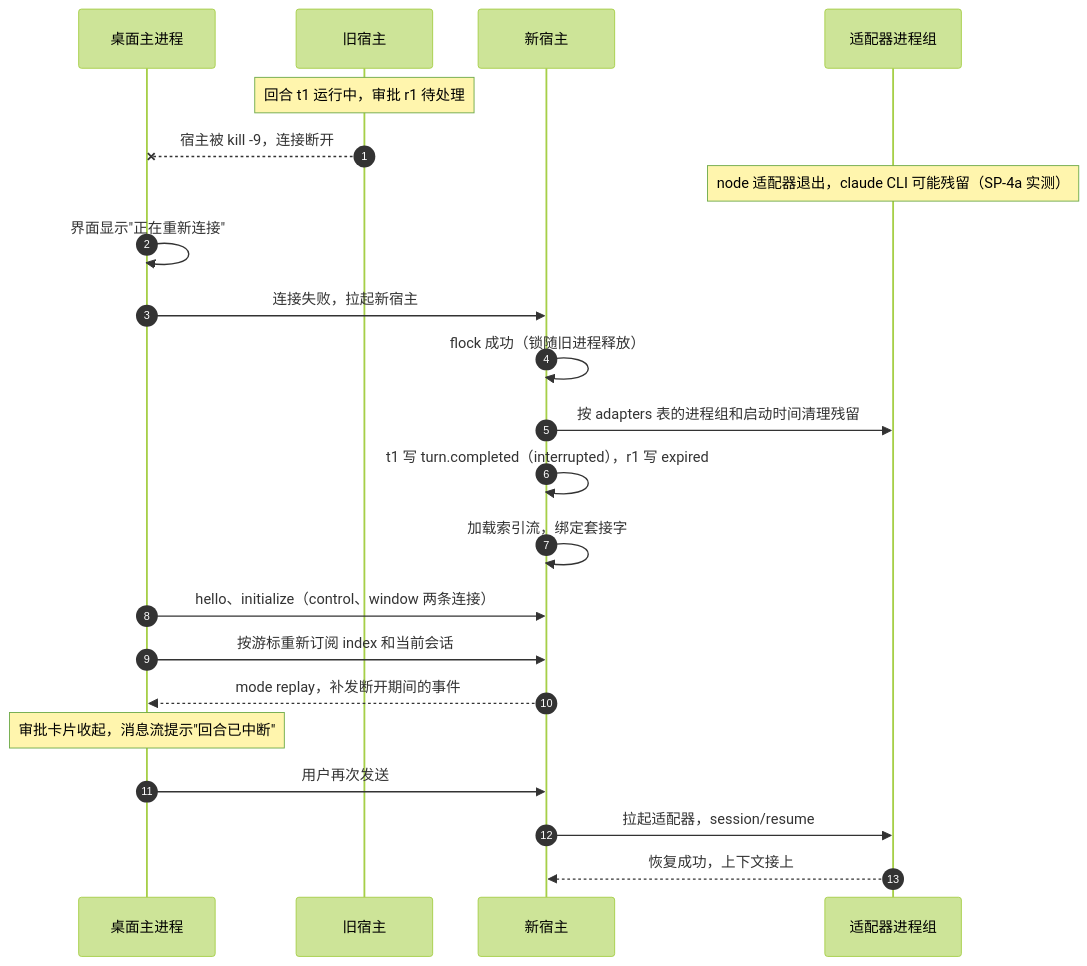
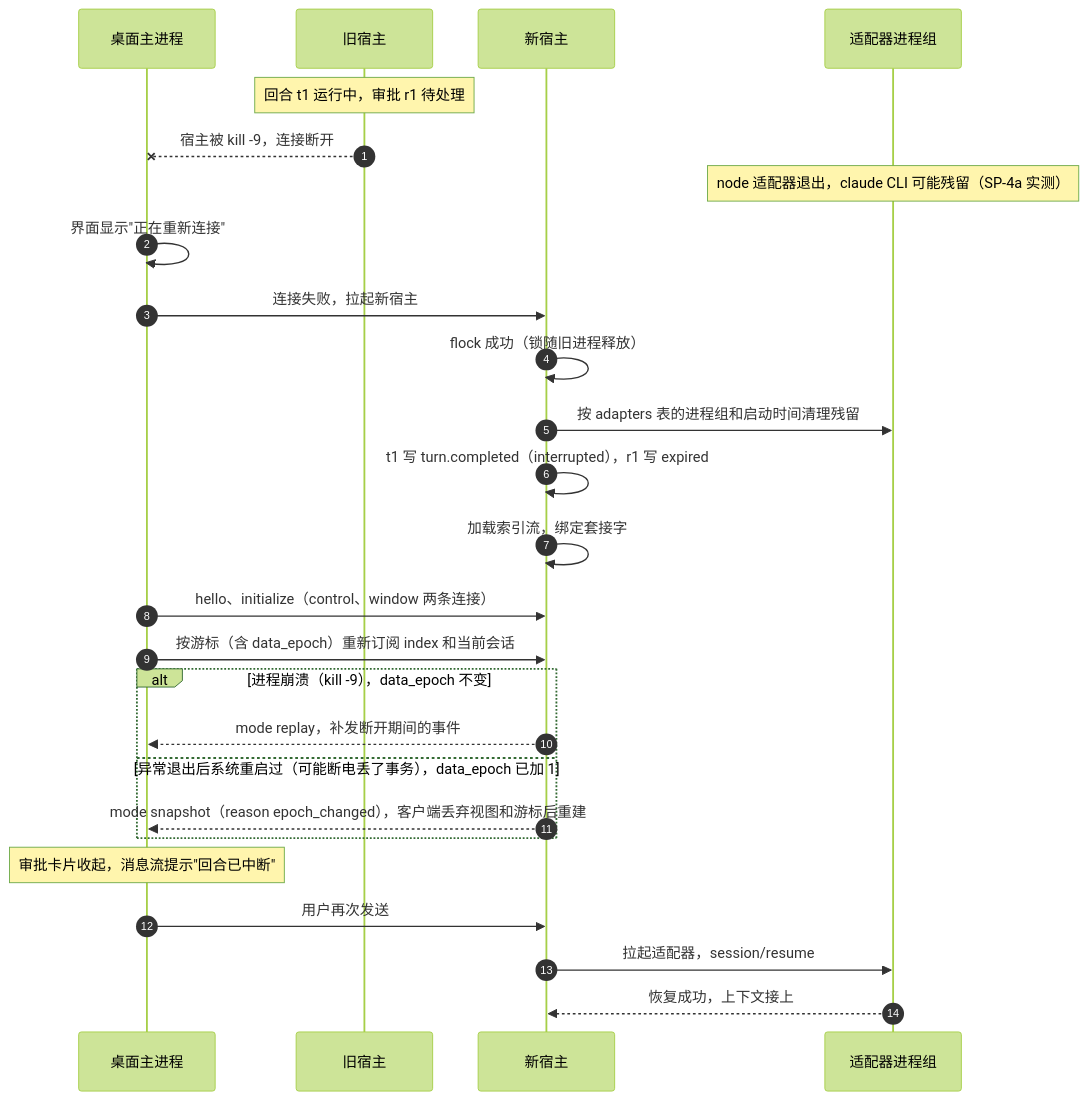
The sixth of 11 diagrams in docs/design/05-flows.md (boris-w/cupper), drawn with Mermaid (forest theme) before and after one commit. The commit also changed other lines of this file and 4 other files, not shown here.

````diff
--- a/docs/design/05-flows.md
+++ b/docs/design/05-flows.md
@@ -216,24 +218,28 @@
 ```mermaid
 sequenceDiagram
   autonumber
   participant M as 桌面主进程
   participant H as 旧宿主
   participant H2 as 新宿主
   participant AD as 适配器进程组
   Note over H: 回合 t1 运行中，审批 r1 待处理
   H--xM: 宿主被 kill -9，连接断开
   Note over AD: node 适配器退出，claude CLI 可能残留（SP-4a 实测）
   M->>M: 界面显示"正在重新连接"
   M->>H2: 连接失败，拉起新宿主
   H2->>H2: flock 成功（锁随旧进程释放）
   H2->>AD: 按 adapters 表的进程组和启动时间清理残留
   H2->>H2: t1 写 turn.completed（interrupted），r1 写 expired
   H2->>H2: 加载索引流，绑定套接字
   M->>H2: hello、initialize（control、window 两条连接）
-  M->>H2: 按游标重新订阅 index 和当前会话
-  H2-->>M: mode replay，补发断开期间的事件
+  M->>H2: 按游标（含 data_epoch）重新订阅 index 和当前会话
+  alt 进程崩溃（kill -9），data_epoch 不变
+    H2-->>M: mode replay，补发断开期间的事件
+  else 异常退出后系统重启过（可能断电丢了事务），data_epoch 已加 1
+    H2-->>M: mode snapshot（reason epoch_changed），客户端丢弃视图和游标后重建
+  end
   Note over M: 审批卡片收起，消息流提示"回合已中断"
   M->>H2: 用户再次发送
   H2->>AD: 拉起适配器，session/resume
   AD-->>H2: 恢复成功，上下文接上
 ```
````
